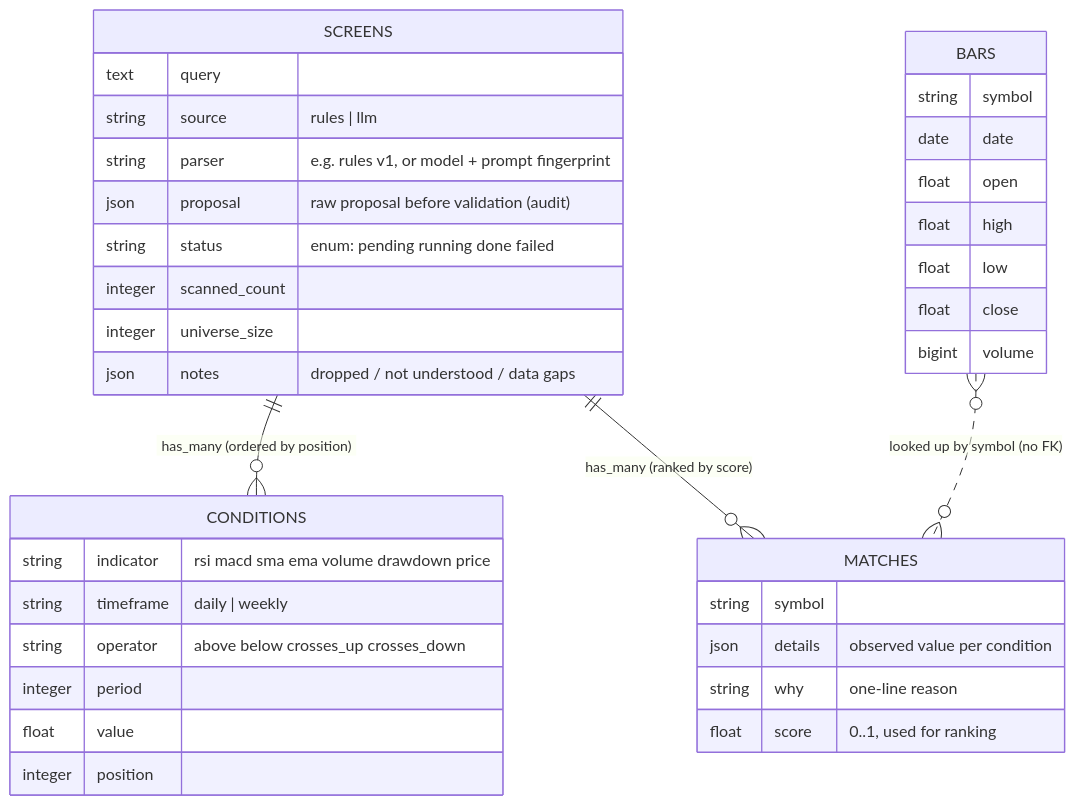
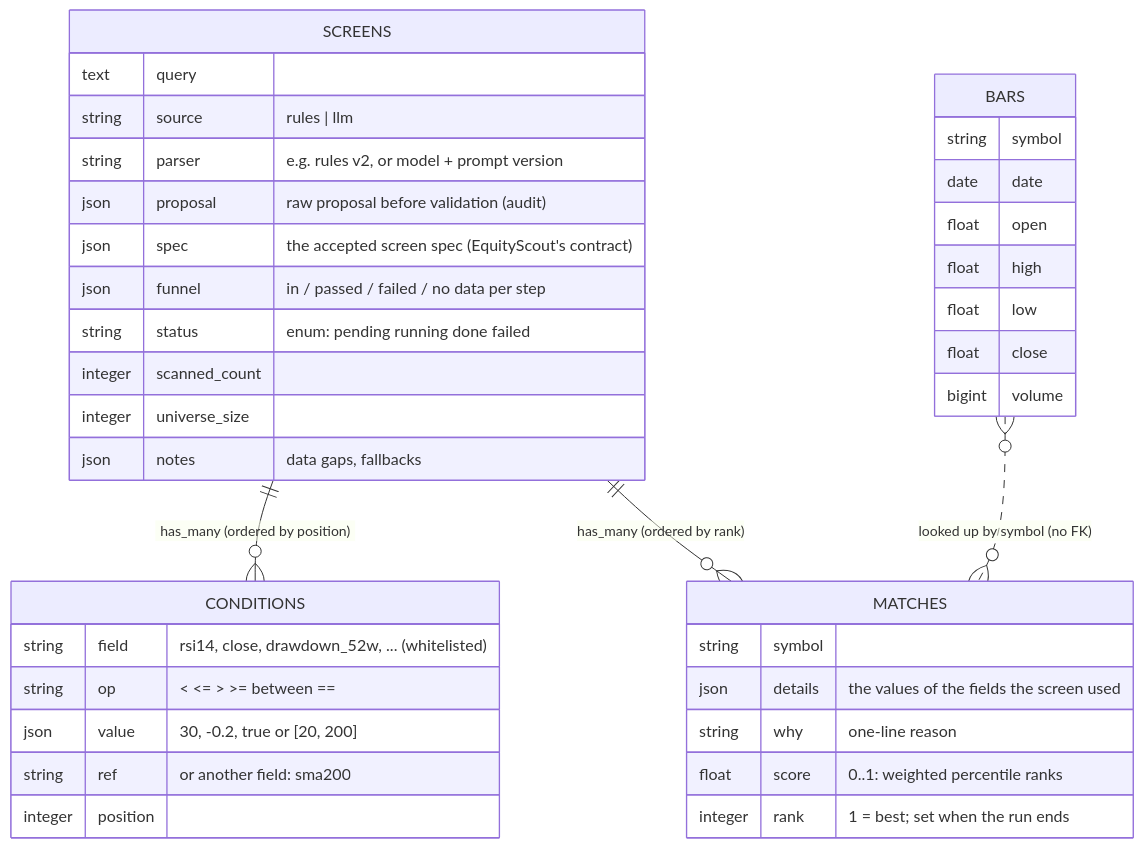
Before and after one commit to henryzhangpku/rails-nl-screen: the third of 7 diagrams in docs/ARCHITECTURE.md, drawn with Mermaid. The commit also changed other lines of this file and 1 other file, not shown here.

Commit message:
Docs: the shared contract with EquityScout, the funnel and ranking

````diff
--- a/docs/ARCHITECTURE.md
+++ b/docs/ARCHITECTURE.md
@@ -152,40 +154,42 @@
 ```mermaid
 erDiagram
   SCREENS ||--o{ CONDITIONS : "has_many (ordered by position)"
-  SCREENS ||--o{ MATCHES : "has_many (ranked by score)"
+  SCREENS ||--o{ MATCHES : "has_many (ordered by rank)"
   BARS }o..o{ MATCHES : "looked up by symbol (no FK)"
 
   SCREENS {
     text query
     string source "rules | llm"
-    string parser "e.g. rules v1, or model + prompt fingerprint"
+    string parser "e.g. rules v2, or model + prompt version"
     json proposal "raw proposal before validation (audit)"
+    json spec "the accepted screen spec (EquityScout's contract)"
+    json funnel "in / passed / failed / no data per step"
     string status "enum: pending running done failed"
     integer scanned_count
     integer universe_size
-    json notes "dropped / not understood / data gaps"
+    json notes "data gaps, fallbacks"
   }
   CONDITIONS {
-    string indicator "rsi macd sma ema volume drawdown price"
-    string timeframe "daily | weekly"
-    string operator "above below crosses_up crosses_down"
-    integer period
-    float value
+    string field "rsi14, close, drawdown_52w, ... (whitelisted)"
+    string op "< <= > >= between =="
+    json value "30, -0.2, true or [20, 200]"
+    string ref "or another field: sma200"
     integer position
   }
   MATCHES {
     string symbol
-    json details "observed value per condition"
+    json details "the values of the fields the screen used"
     string why "one-line reason"
-    float score "0..1, used for ranking"
+    float score "0..1: weighted percentile ranks"
+    integer rank "1 = best; set when the run ends"
   }
   BARS {
     string symbol
     date date
     float open
     float high
     float low
     float close
     bigint volume
   }
 ```
````
